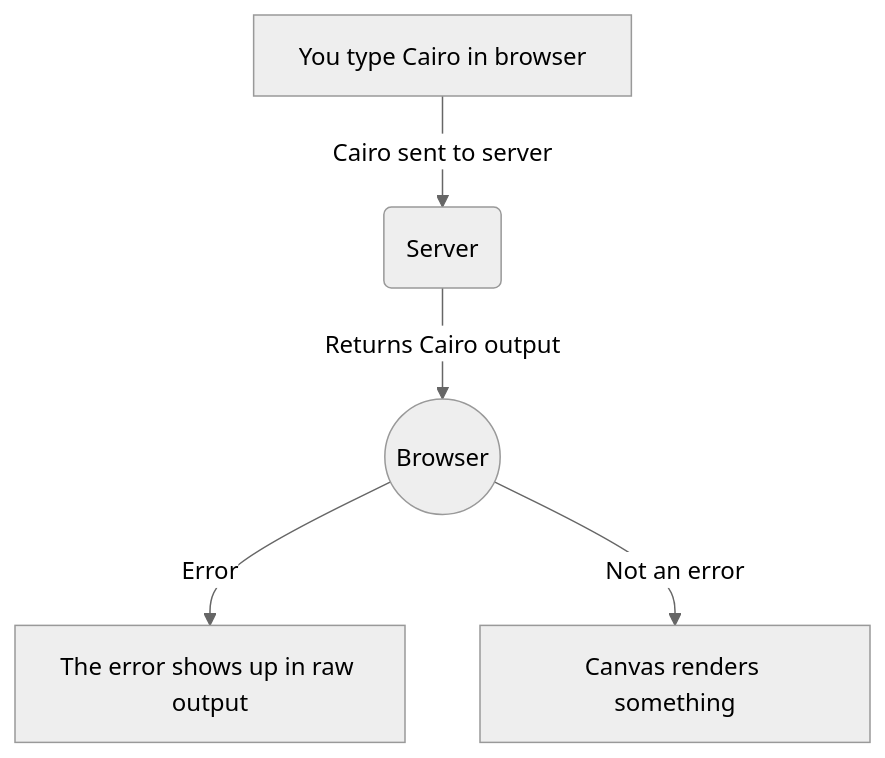
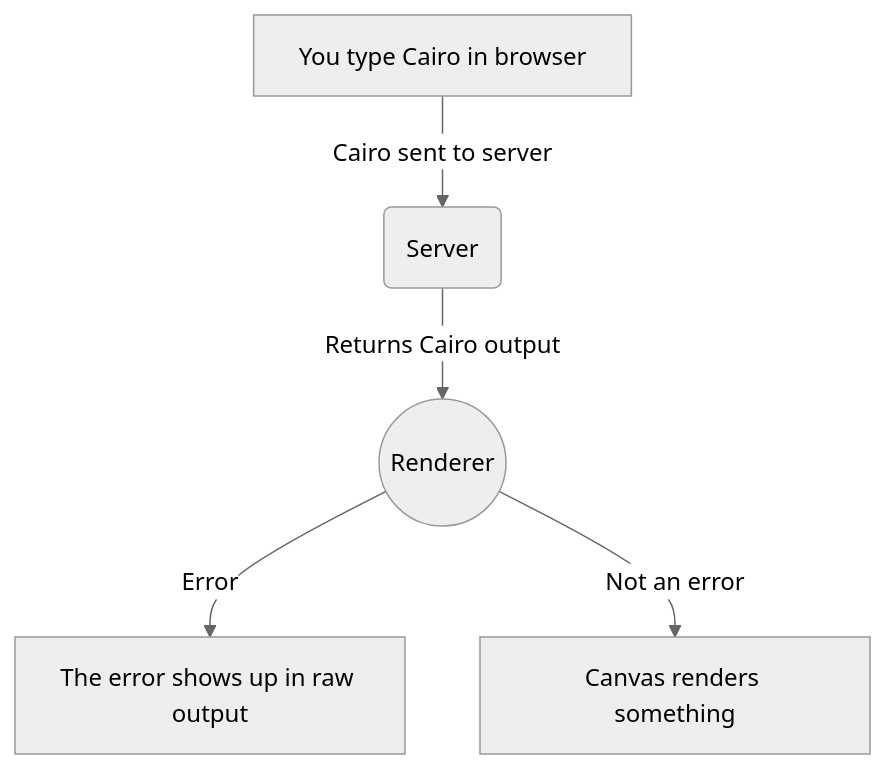
One commit to shramee/creative-cairo changed the diagram in README.md. Above: the diagram before and after it, drawn with Mermaid (neutral theme).

````diff
--- a/README.md
+++ b/README.md
@@ -5,7 +5,7 @@
 ```mermaid
 graph TD
     A[You type Cairo in browser] --Cairo sent to server--> B(Server)
-    B --Returns Cairo output--> C((Browser))
+    B --Returns Cairo output--> C((Renderer))
     C -->|Error| Err[The error shows up in raw output]
     C -->|Not an error| E[Canvas renders something]
 ```
````
